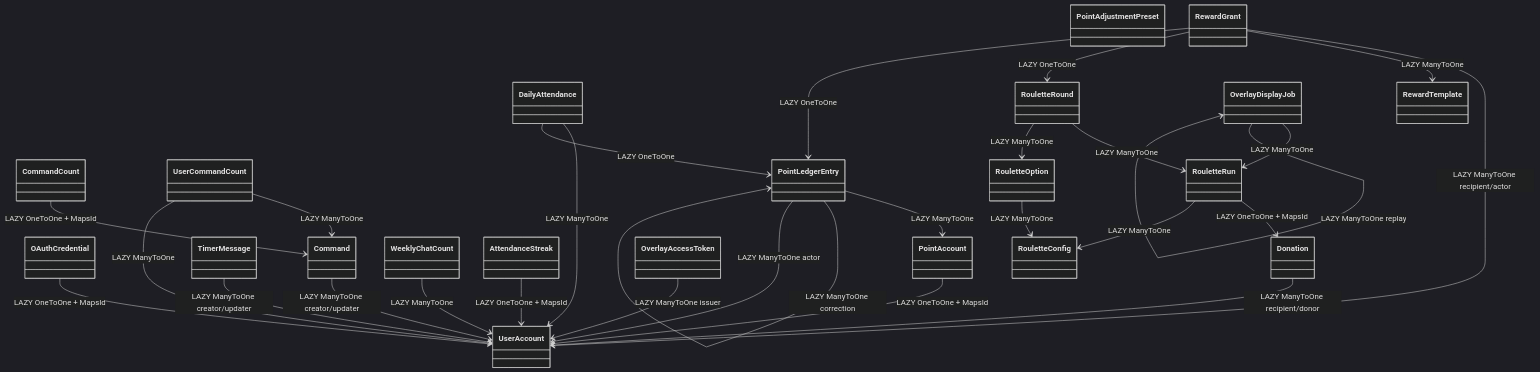
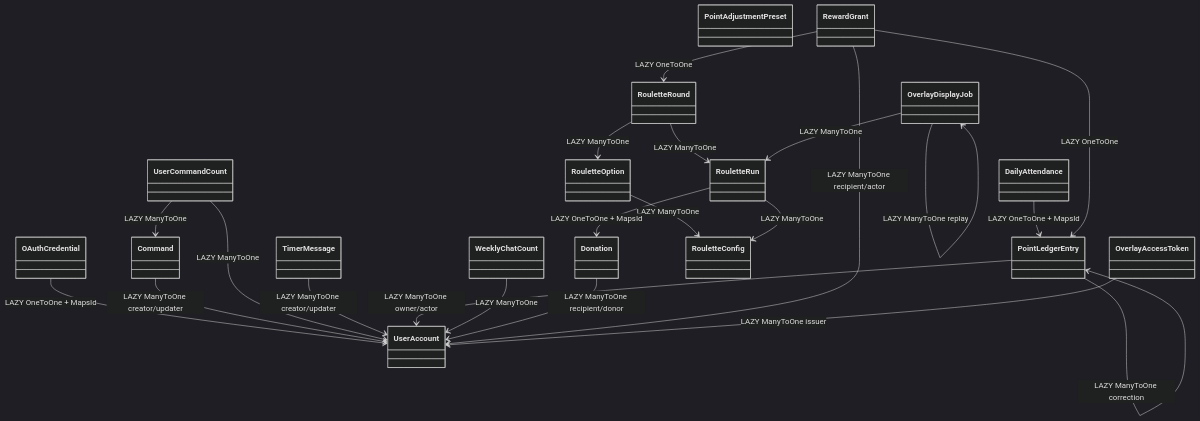
The second of 2 diagrams in docs/database/schema-redesign.md (now-start/nyang-nyang-bot), drawn with Mermaid (dark theme) before and after one commit. The commit also changed other lines of this file and 3 other files, not shown here.

Commit message:
docs: minimize canonical database schema

````diff
--- a/docs/database/schema-redesign.md
+++ b/docs/database/schema-redesign.md
@@ -199,52 +219,42 @@
 ```mermaid
 classDiagram
     class UserAccount
     class OAuthCredential
     class Command
-    class CommandCount
     class UserCommandCount
     class TimerMessage
-    class PointAccount
     class PointLedgerEntry
     class PointAdjustmentPreset
     class WeeklyChatCount
     class DailyAttendance
-    class AttendanceStreak
     class Donation
     class RouletteConfig
     class RouletteOption
     class RouletteRun
     class RouletteRound
-    class RewardTemplate
     class RewardGrant
     class OverlayAccessToken
     class OverlayDisplayJob
 
     OAuthCredential --> UserAccount : LAZY OneToOne + MapsId
     Command --> UserAccount : LAZY ManyToOne creator/updater
-    CommandCount --> Command : LAZY OneToOne + MapsId
     UserCommandCount --> Command : LAZY ManyToOne
     UserCommandCount --> UserAccount : LAZY ManyToOne
     TimerMessage --> UserAccount : LAZY ManyToOne creator/updater
-    PointAccount --> UserAccount : LAZY OneToOne + MapsId
-    PointLedgerEntry --> PointAccount : LAZY ManyToOne
+    PointLedgerEntry --> UserAccount : LAZY ManyToOne owner/actor
     PointLedgerEntry --> PointLedgerEntry : LAZY ManyToOne correction
-    PointLedgerEntry --> UserAccount : LAZY ManyToOne actor
     WeeklyChatCount --> UserAccount : LAZY ManyToOne
-    DailyAttendance --> UserAccount : LAZY ManyToOne
-    DailyAttendance --> PointLedgerEntry : LAZY OneToOne
-    AttendanceStreak --> UserAccount : LAZY OneToOne + MapsId
+    DailyAttendance --> PointLedgerEntry : LAZY OneToOne + MapsId
     Donation --> UserAccount : LAZY ManyToOne recipient/donor
     RouletteOption --> RouletteConfig : LAZY ManyToOne
     RouletteRun --> Donation : LAZY OneToOne + MapsId
     RouletteRun --> RouletteConfig : LAZY ManyToOne
     RouletteRound --> RouletteRun : LAZY ManyToOne
     RouletteRound --> RouletteOption : LAZY ManyToOne
     RewardGrant --> UserAccount : LAZY ManyToOne recipient/actor
-    RewardGrant --> RewardTemplate : LAZY ManyToOne
     RewardGrant --> RouletteRound : LAZY OneToOne
     RewardGrant --> PointLedgerEntry : LAZY OneToOne
     OverlayAccessToken --> UserAccount : LAZY ManyToOne issuer
     OverlayDisplayJob --> RouletteRun : LAZY ManyToOne
     OverlayDisplayJob --> OverlayDisplayJob : LAZY ManyToOne replay
 ```
````
